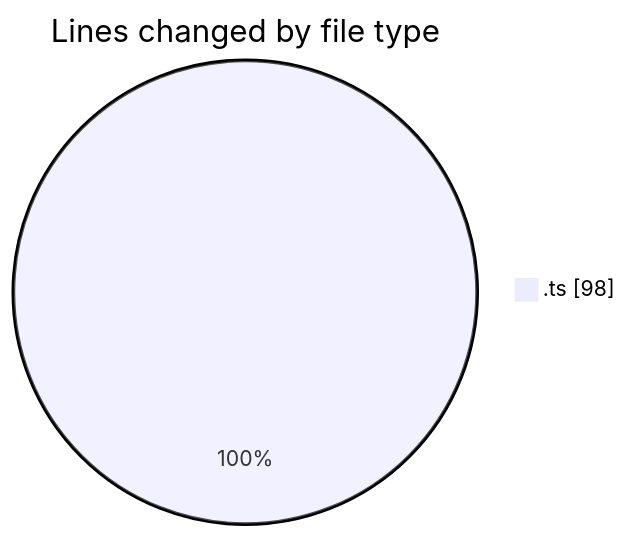
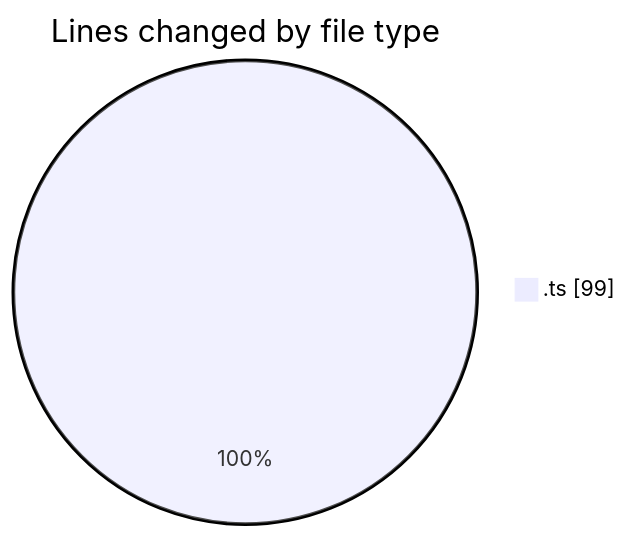
One commit to momahboobian/code-tracking changed the first of 2 diagrams in 2025-05-30/cda/README.md. Above: the diagram before and after it, drawn with Mermaid. The commit also changed other lines of this file and 1 other file, not shown here.

````diff
--- a/2025-05-30/cda/README.md
+++ b/2025-05-30/cda/README.md
@@ -20,5 +21,5 @@
 ```mermaid
 pie showData
 title Lines changed by file type
-".ts" : 98
+".ts" : 99
 ```
````
